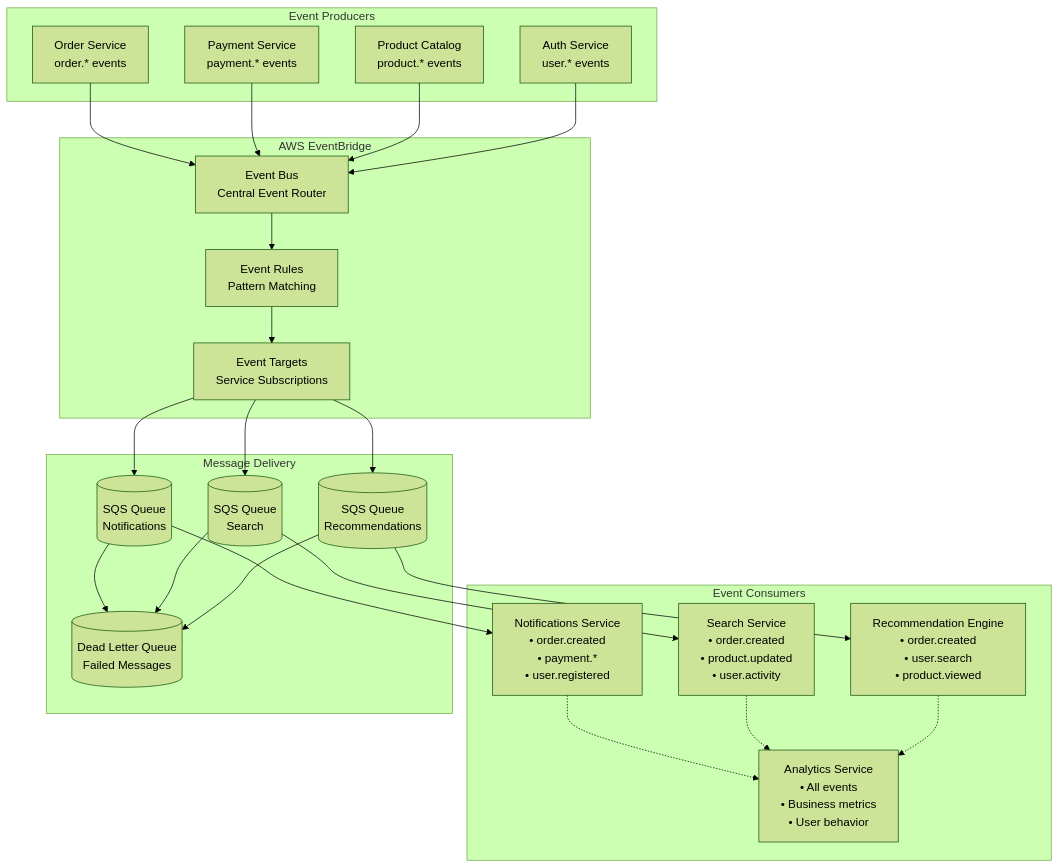
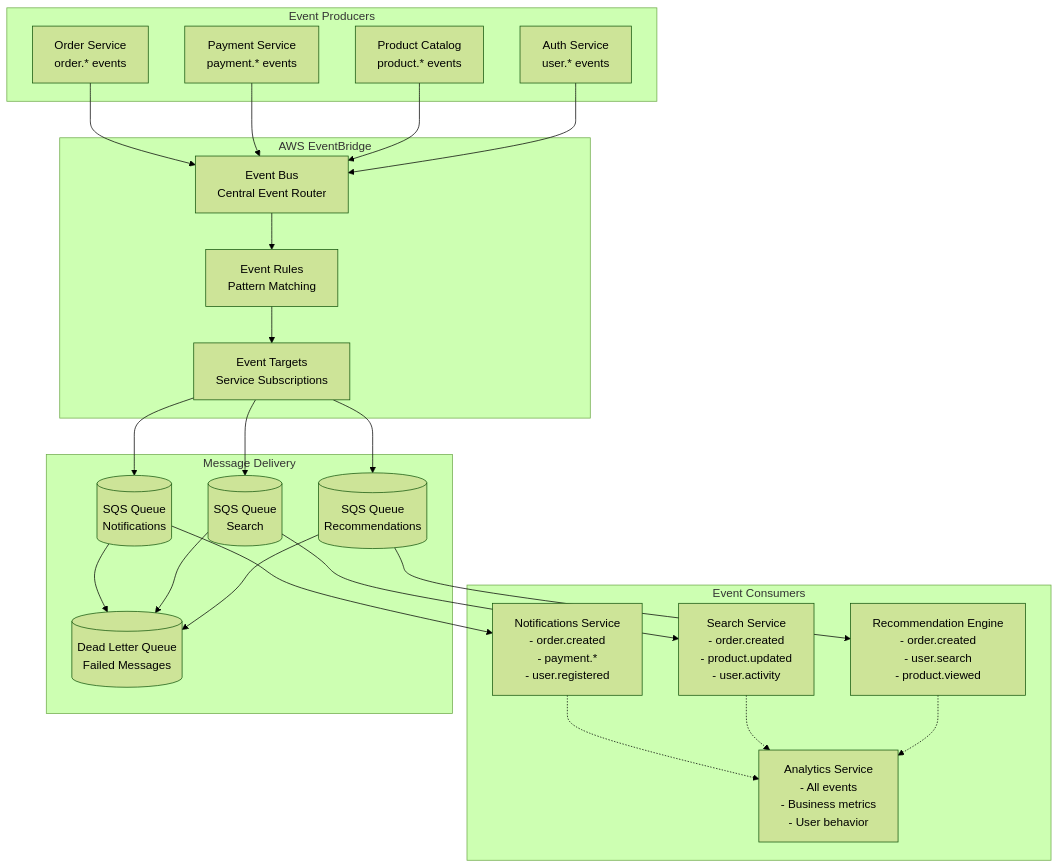
Before and after one commit to Sumitbhoyar/bookstore-microservices: the eighth of 13 diagrams in docs/architecture-diagrams.md, drawn with Mermaid (forest theme). The commit also changed other lines of this file, not shown here.

Commit message:
Refactor architecture diagrams for improved readability by changing bullet points from '•' to '-' in service descriptions across all layers.

````diff
--- a/docs/architecture-diagrams.md
+++ b/docs/architecture-diagrams.md
@@ -416,53 +416,53 @@
 ```mermaid
 flowchart TD
     subgraph "Event Producers"
         Order[Order Service<br/>order.* events]
         Payment[Payment Service<br/>payment.* events]
         Catalog[Product Catalog<br/>product.* events]
         Auth[Auth Service<br/>user.* events]
     end
 
     subgraph "AWS EventBridge"
         EB[Event Bus<br/>Central Event Router]
         Rules[Event Rules<br/>Pattern Matching]
         Targets[Event Targets<br/>Service Subscriptions]
     end
 
     subgraph "Event Consumers"
-        Notify[Notifications Service<br/>• order.created<br/>• payment.*<br/>• user.registered]
-        Search[Search Service<br/>• order.created<br/>• product.updated<br/>• user.activity]
-        RecSys[Recommendation Engine<br/>• order.created<br/>• user.search<br/>• product.viewed]
-        Analytics[Analytics Service<br/>• All events<br/>• Business metrics<br/>• User behavior]
+        Notify[Notifications Service<br/>- order.created<br/>- payment.*<br/>- user.registered]
+        Search[Search Service<br/>- order.created<br/>- product.updated<br/>- user.activity]
+        RecSys[Recommendation Engine<br/>- order.created<br/>- user.search<br/>- product.viewed]
+        Analytics[Analytics Service<br/>- All events<br/>- Business metrics<br/>- User behavior]
     end
 
     subgraph "Message Delivery"
         SQS1[(SQS Queue<br/>Notifications)]
         SQS2[(SQS Queue<br/>Search)]
         SQS3[(SQS Queue<br/>Recommendations)]
         DLQ[(Dead Letter Queue<br/>Failed Messages)]
     end
 
     Order --> EB
     Payment --> EB
     Catalog --> EB
     Auth --> EB
 
     EB --> Rules
     Rules --> Targets
 
     Targets --> SQS1
     Targets --> SQS2
     Targets --> SQS3
 
     SQS1 --> Notify
     SQS2 --> Search
     SQS3 --> RecSys
 
     SQS1 --> DLQ
     SQS2 --> DLQ
     SQS3 --> DLQ
 
     Notify -.-> Analytics
     Search -.-> Analytics
     RecSys -.-> Analytics
 ```
````
